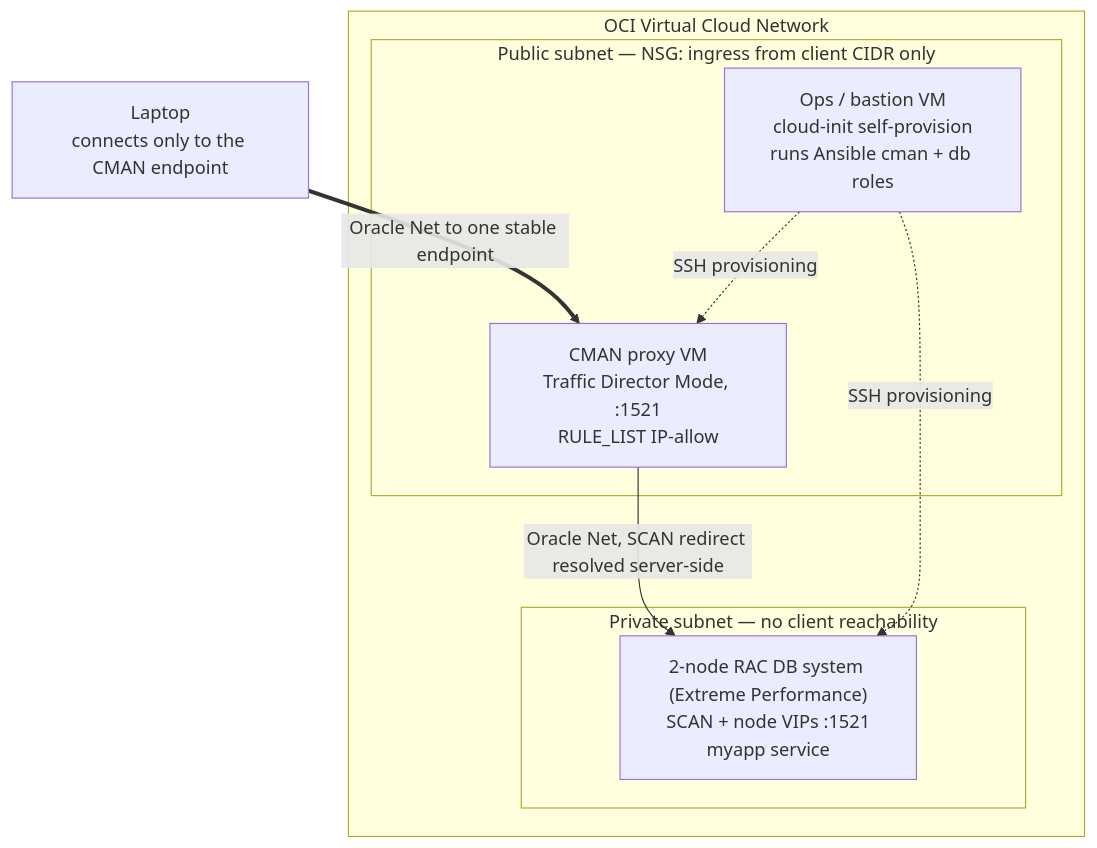
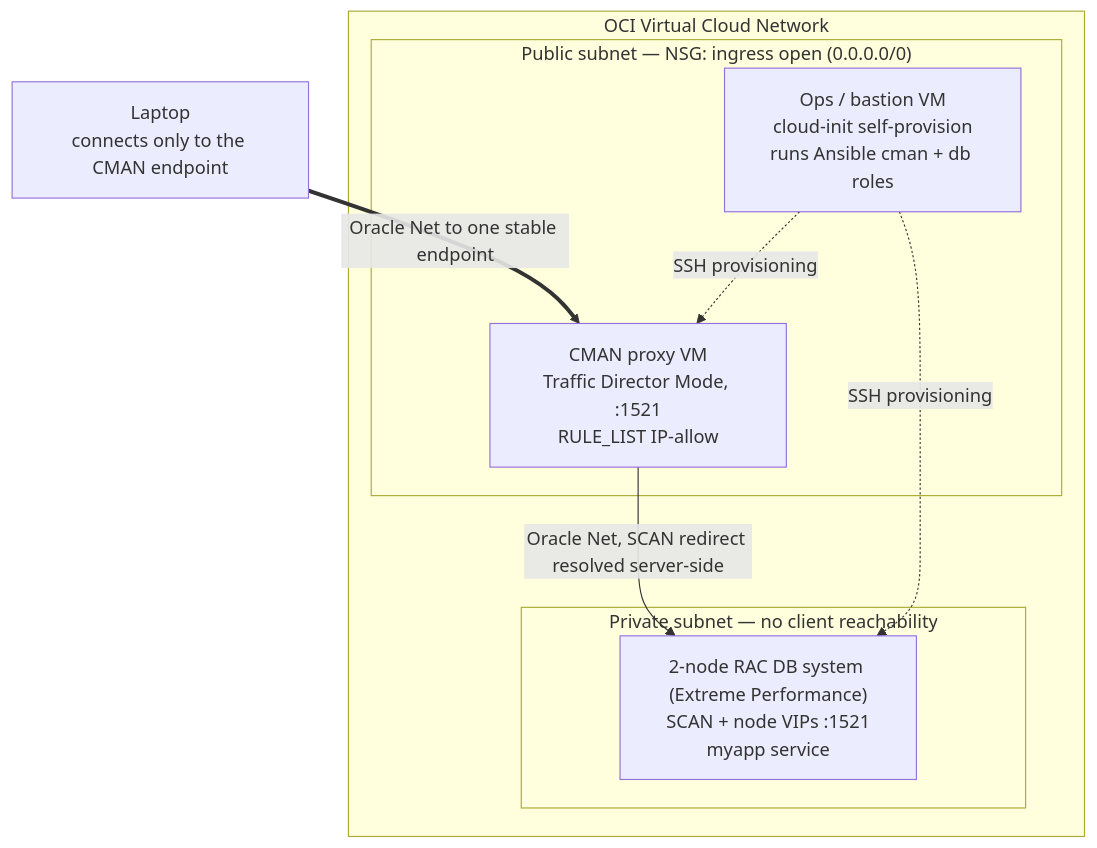
Before and after one commit to vmleon/oracle-database-cman: the diagram in README.md, drawn with Mermaid. The commit also changed 12 other files, not shown here.

Commit message:
fix: open client access to 0.0.0.0/0 and pin instance images

````diff
--- a/README.md
+++ b/README.md
@@ -39,17 +39,17 @@
 ```mermaid
 flowchart TB
     Laptop["Laptop<br/>connects only to the CMAN endpoint"]
     subgraph VCN["OCI Virtual Cloud Network"]
-        subgraph PUB["Public subnet — NSG: ingress from client CIDR only"]
+        subgraph PUB["Public subnet — NSG: ingress open (0.0.0.0/0)"]
             CMAN["CMAN proxy VM<br/>Traffic Director Mode, :1521<br/>RULE_LIST IP-allow"]
             OPS["Ops / bastion VM<br/>cloud-init self-provision<br/>runs Ansible cman + db roles"]
         end
         subgraph PRIV["Private subnet — no client reachability"]
             RAC["2-node RAC DB system (Extreme Performance)<br/>SCAN + node VIPs :1521<br/>myapp service"]
         end
     end
     Laptop ==>|"Oracle Net to one stable endpoint"| CMAN
     CMAN -->|"Oracle Net, SCAN redirect resolved server-side"| RAC
     OPS -. "SSH provisioning" .-> RAC
     OPS -. "SSH provisioning" .-> CMAN
 ```
````
